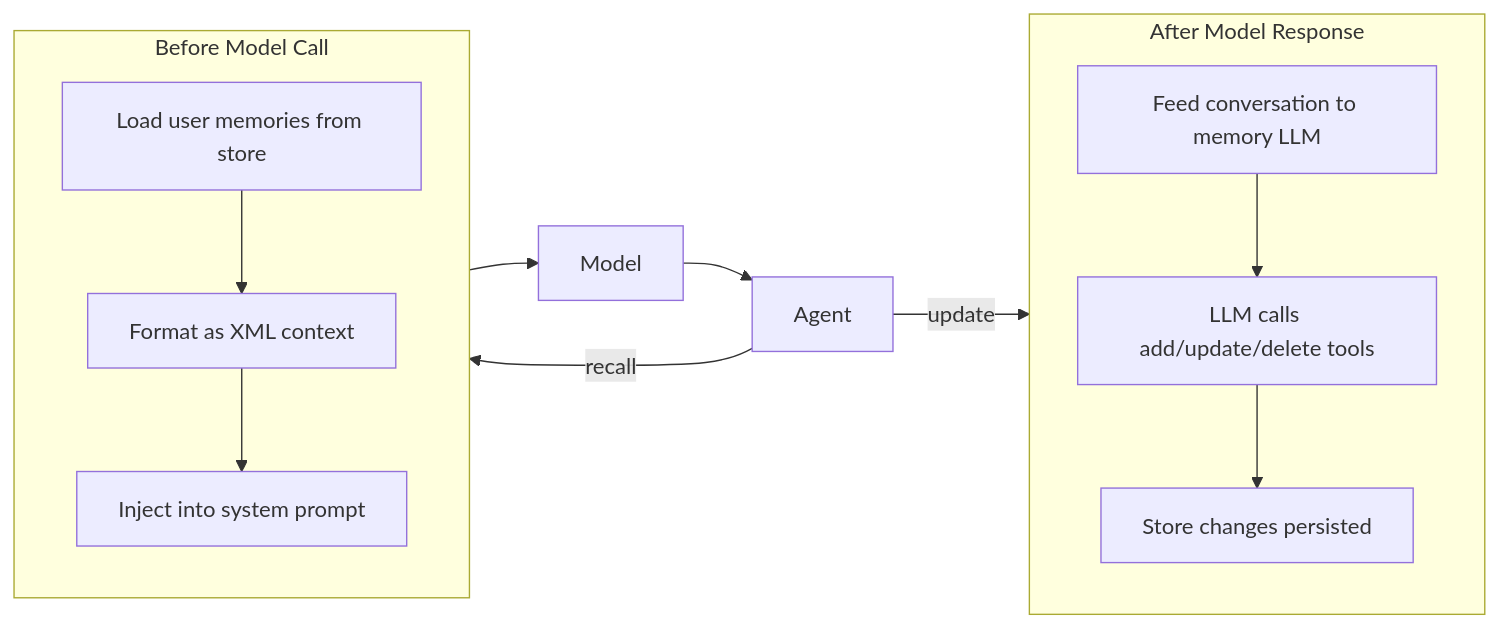
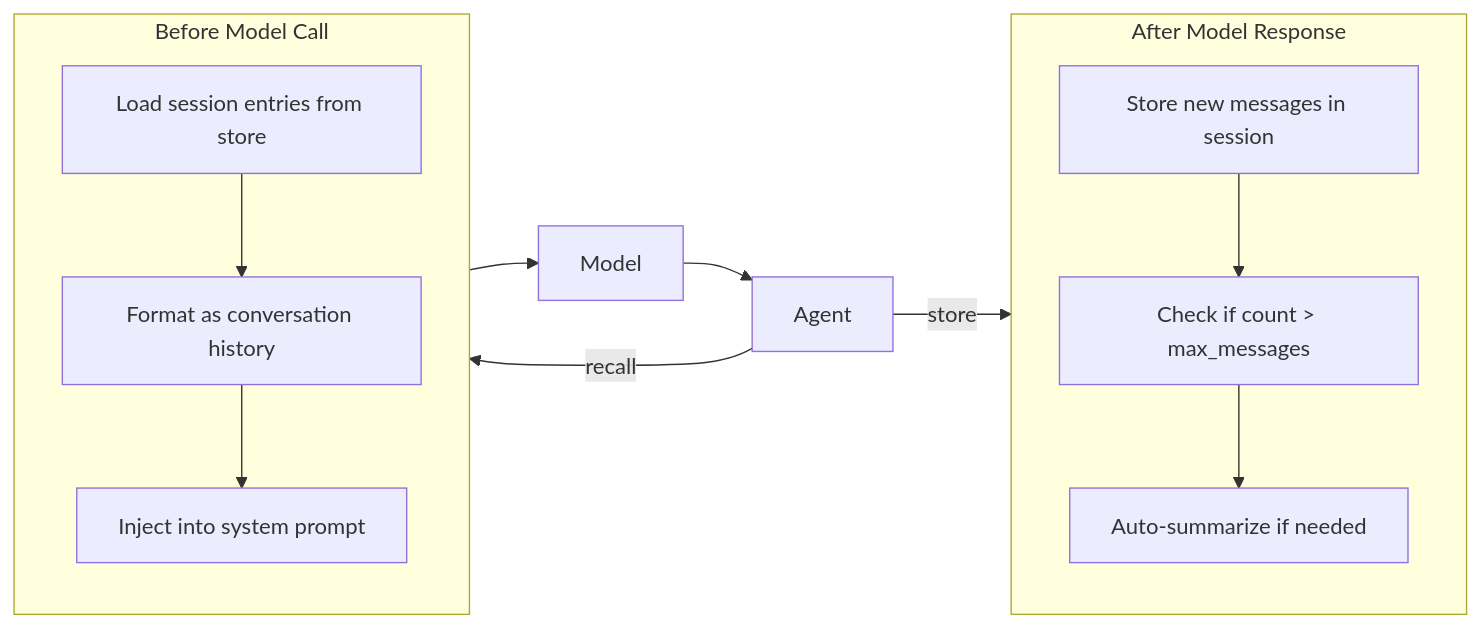
One commit to definableai/definable.ai changed the diagram in definable/docs/memory/overview.mdx. Above: the diagram before and after it, drawn with Mermaid. The commit also changed other lines of this file and 44 other files, not shown here.

First line of the commit message:
refactor: rewrite memory module as session-history buffer

````diff
--- a/definable/docs/memory/overview.mdx
+++ b/definable/docs/memory/overview.mdx
@@ -33,19 +33,19 @@
 ```mermaid
 flowchart LR
   subgraph Before["Before Model Call"]
     direction TB
-    B1[Load user memories from store] --> B2[Format as XML context]
+    B1[Load session entries from store] --> B2[Format as conversation history]
     B2 --> B3[Inject into system prompt]
   end
 
   subgraph After["After Model Response"]
     direction TB
-    A1[Feed conversation to memory LLM] --> A2[LLM calls add/update/delete tools]
-    A2 --> A3[Store changes persisted]
+    A1[Store new messages in session] --> A2[Check if count > max_messages]
+    A2 --> A3[Auto-summarize if needed]
   end
 
   Agent -->|recall| Before
   Before --> Model
   Model --> Agent
-  Agent -->|update| After
+  Agent -->|store| After
 ```
````
